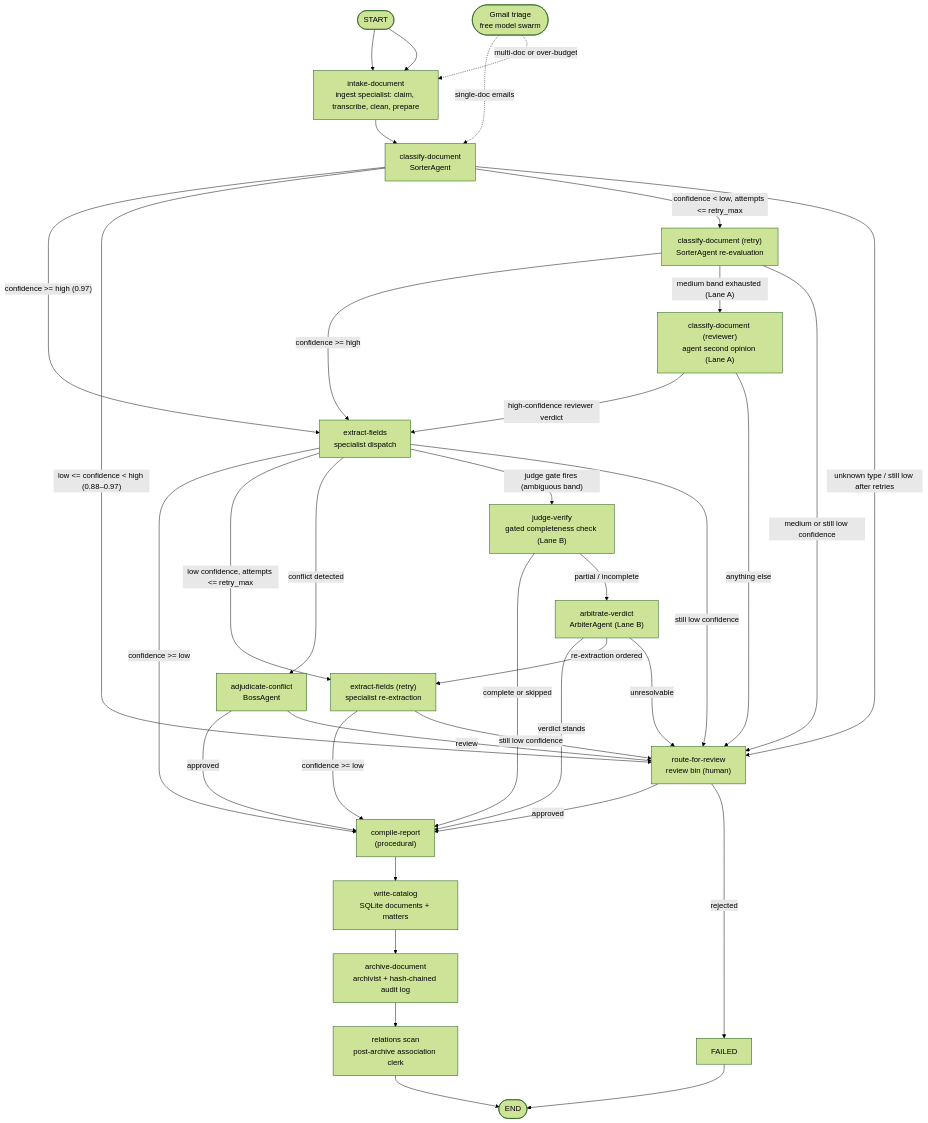
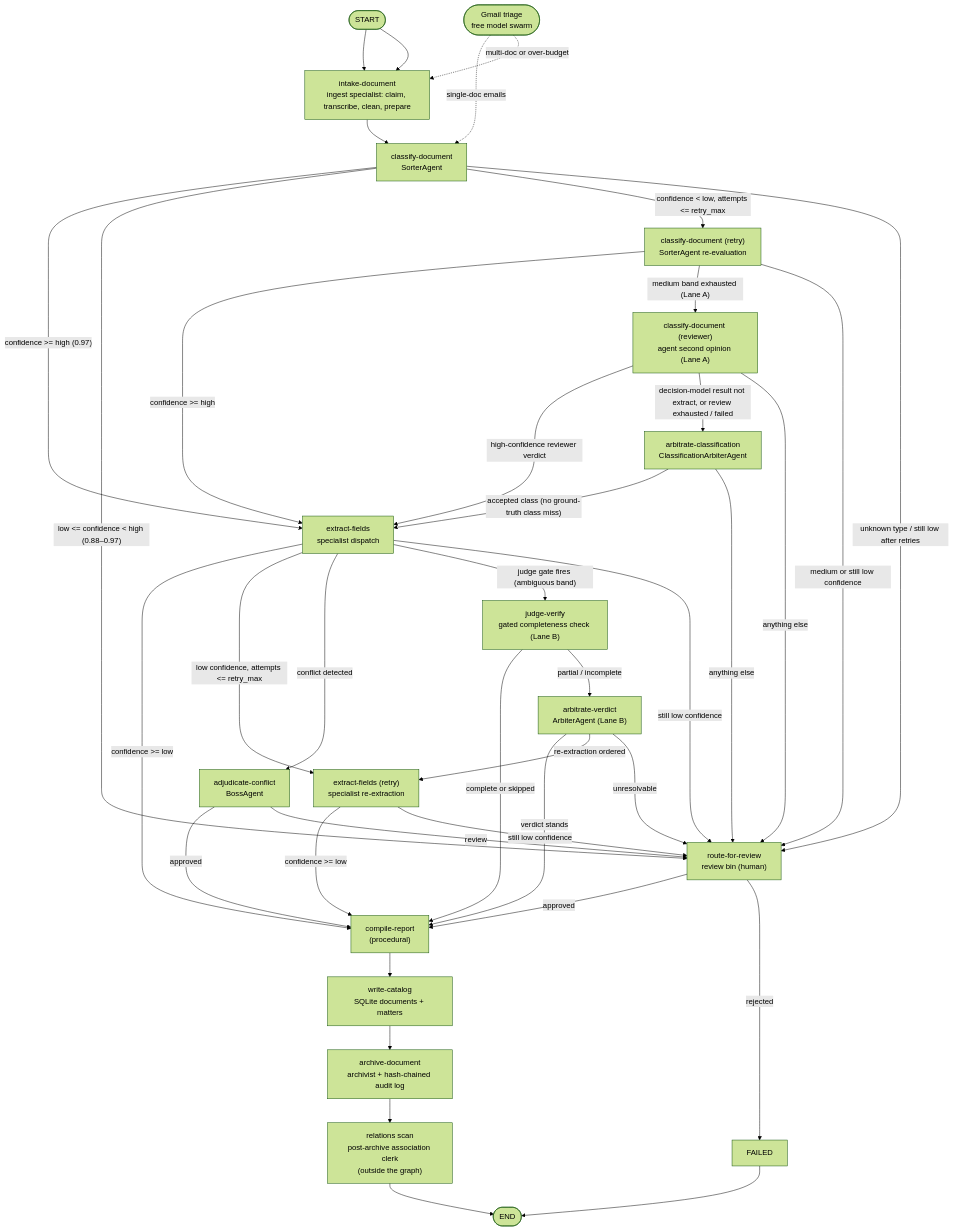
One commit to Exios66/llm-mailroom changed the first of 2 diagrams in README.md. Above: the diagram before and after it, drawn with Mermaid (forest theme). The commit also changed other lines of this file and 61 other files, not shown here.

First line of the commit message:
Graph routing as data + offline throughput benchmark (modularity phases 0–1) (#286)

````diff
--- a/README.md
+++ b/README.md
@@ -285,57 +285,61 @@
 ```mermaid
 flowchart TD
     START([START]) --> INTAKE
 
     INTAKE["intake-document<br/>ingest specialist: claim, transcribe, clean, prepare"]
     CLASSIFY["classify-document<br/>SorterAgent"]
     RETRY_CLASS["classify-document (retry)<br/>SorterAgent re-evaluation"]
     REVIEW_CLASS["classify-document (reviewer)<br/>agent second opinion (Lane A)"]
+    CLASS_ARBITER["arbitrate-classification<br/>ClassificationArbiterAgent"]
     EXTRACT["extract-fields<br/>specialist dispatch"]
     RETRY_EXTRACT["extract-fields (retry)<br/>specialist re-extraction"]
     JUDGE["judge-verify<br/>gated completeness check (Lane B)"]
     ARBITER["arbitrate-verdict<br/>ArbiterAgent (Lane B)"]
     BOSS["adjudicate-conflict<br/>BossAgent"]
     REVIEW["route-for-review<br/>review bin (human)"]
     REPORT["compile-report<br/>(procedural)"]
     CATALOG["write-catalog<br/>SQLite documents + matters"]
     ARCHIVE["archive-document<br/>archivist + hash-chained audit log"]
-    RELATIONS["relations scan<br/>post-archive association clerk"]
+    RELATIONS["relations scan<br/>post-archive association clerk<br/>(outside the graph)"]
     FAILED["FAILED"]
     ENDX([END])
 
     START --> INTAKE
     INTAKE --> CLASSIFY
 
     CLASSIFY -- "confidence >= high (0.97)" --> EXTRACT
     CLASSIFY -- "low <= confidence < high (0.88–0.97)" --> REVIEW
     CLASSIFY -- "confidence < low, attempts <= retry_max" --> RETRY_CLASS
     CLASSIFY -- "unknown type / still low after retries" --> REVIEW
     RETRY_CLASS -- "confidence >= high" --> EXTRACT
     RETRY_CLASS -- "medium band exhausted (Lane A)" --> REVIEW_CLASS
     RETRY_CLASS -- "medium or still low confidence" --> REVIEW
     REVIEW_CLASS -- "high-confidence reviewer verdict" --> EXTRACT
+    REVIEW_CLASS -- "decision-model result not extract, or review exhausted / failed" --> CLASS_ARBITER
     REVIEW_CLASS -- "anything else" --> REVIEW
+    CLASS_ARBITER -- "accepted class (no ground-truth class miss)" --> EXTRACT
+    CLASS_ARBITER -- "anything else" --> REVIEW
 
     EXTRACT -- "confidence >= low" --> REPORT
     EXTRACT -- "low confidence, attempts <= retry_max" --> RETRY_EXTRACT
     EXTRACT -- "conflict detected" --> BOSS
     EXTRACT -- "judge gate fires (ambiguous band)" --> JUDGE
     EXTRACT -- "still low confidence" --> REVIEW
     RETRY_EXTRACT -- "confidence >= low" --> REPORT
     RETRY_EXTRACT -- "still low confidence" --> REVIEW
 
     JUDGE -- "complete or skipped" --> REPORT
     JUDGE -- "partial / incomplete" --> ARBITER
     ARBITER -- "verdict stands" --> REPORT
     ARBITER -- "re-extraction ordered" --> RETRY_EXTRACT
     ARBITER -- "unresolvable" --> REVIEW
     BOSS -- "approved" --> REPORT
     BOSS -- "review" --> REVIEW
     REVIEW -- "approved" --> REPORT
     REVIEW -- "rejected" --> FAILED --> ENDX
 
     REPORT --> CATALOG --> ARCHIVE --> RELATIONS --> ENDX
 
     GMAIL([Gmail triage<br/>free model swarm]) -.->|single-doc emails| CLASSIFY
     GMAIL -.->|multi-doc or over-budget| INTAKE
 ```
````
